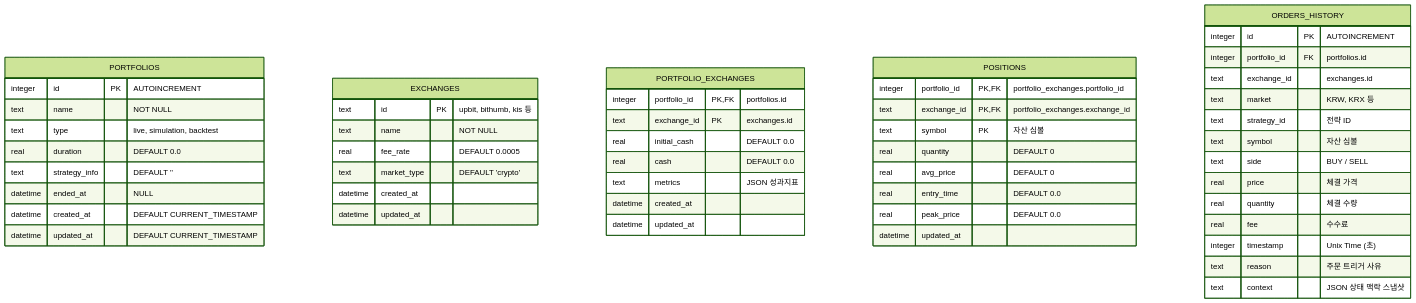
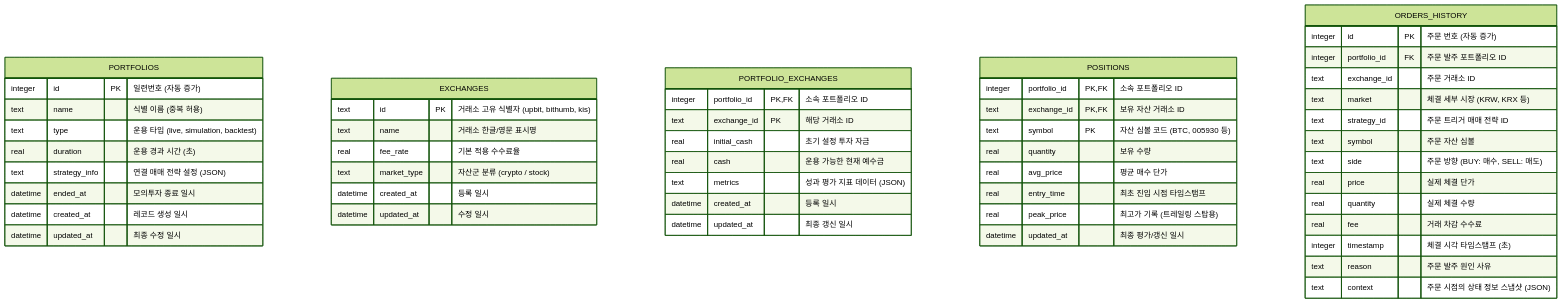
Before and after one commit to yslsoft-ui/ATS: the second of 5 diagrams in docs/erd-specification.md, drawn with Mermaid (forest theme). The commit also changed other lines of this file, not shown here.

Commit message:
docs: ERD 명세서에 개략적 관계도 테이블 매핑 표 및 한글 세부 제목 추가

````diff
--- a/docs/erd-specification.md
+++ b/docs/erd-specification.md
@@ -44,59 +87,59 @@
 ```mermaid
 erDiagram
     PORTFOLIOS {
-        integer id PK "AUTOINCREMENT"
-        text name "NOT NULL"
-        text type "live, simulation, backtest"
-        real duration "DEFAULT 0.0"
-        text strategy_info "DEFAULT ''"
-        datetime ended_at "NULL"
-        datetime created_at "DEFAULT CURRENT_TIMESTAMP"
-        datetime updated_at "DEFAULT CURRENT_TIMESTAMP"
+        integer id PK "일련번호 (자동 증가)"
+        text name "식별 이름 (중복 허용)"
+        text type "운용 타입 (live, simulation, backtest)"
+        real duration "운용 경과 시간 (초)"
+        text strategy_info "연결 매매 전략 설정 (JSON)"
+        datetime ended_at "모의투자 종료 일시"
+        datetime created_at "레코드 생성 일시"
+        datetime updated_at "최종 수정 일시"
     }
 
     EXCHANGES {
-        text id PK "upbit, bithumb, kis 등"
-        text name "NOT NULL"
-        real fee_rate "DEFAULT 0.0005"
-        text market_type "DEFAULT 'crypto'"
-        datetime created_at
-        datetime updated_at
+        text id PK "거래소 고유 식별자 (upbit, bithumb, kis)"
+        text name "거래소 한글/영문 표시명"
+        real fee_rate "기본 적용 수수료율"
+        text market_type "자산군 분류 (crypto / stock)"
+        datetime created_at "등록 일시"
+        datetime updated_at "수정 일시"
     }
 
     PORTFOLIO_EXCHANGES {
-        integer portfolio_id PK, FK "portfolios.id"
-        text exchange_id PK "exchanges.id"
-        real initial_cash "DEFAULT 0.0"
-        real cash "DEFAULT 0.0"
-        text metrics "JSON 성과지표"
-        datetime created_at
-        datetime updated_at
+        integer portfolio_id PK, FK "소속 포트폴리오 ID"
+        text exchange_id PK "해당 거래소 ID"
+        real initial_cash "초기 설정 투자 자금"
+        real cash "운용 가능한 현재 예수금"
+        text metrics "성과 평가 지표 데이터 (JSON)"
+        datetime created_at "등록 일시"
+        datetime updated_at "최종 갱신 일시"
     }
 
     POSITIONS {
-        integer portfolio_id PK, FK "portfolio_exchanges.portfolio_id"
-        text exchange_id PK, FK "portfolio_exchanges.exchange_id"
-        text symbol PK "자산 심볼"
-        real quantity "DEFAULT 0"
-        real avg_price "DEFAULT 0"
-        real entry_time "DEFAULT 0.0"
-        real peak_price "DEFAULT 0.0"
-        datetime updated_at
+        integer portfolio_id PK, FK "소속 포트폴리오 ID"
+        text exchange_id PK, FK "보유 자산 거래소 ID"
+        text symbol PK "자산 심볼 코드 (BTC, 005930 등)"
+        real quantity "보유 수량"
+        real avg_price "평균 매수 단가"
+        real entry_time "최초 진입 시점 타임스탬프"
+        real peak_price "최고가 기록 (트레일링 스탑용)"
+        datetime updated_at "최종 평가/갱신 일시"
     }
 
     ORDERS_HISTORY {
-        integer id PK "AUTOINCREMENT"
-        integer portfolio_id FK "portfolios.id"
-        text exchange_id "exchanges.id"
-        text market "KRW, KRX 등"
-        text strategy_id "전략 ID"
-        text symbol "자산 심볼"
-        text side "BUY / SELL"
-        real price "체결 가격"
-        real quantity "체결 수량"
-        real fee "수수료"
-        integer timestamp "Unix Time (초)"
-        text reason "주문 트리거 사유"
-        text context "JSON 상태 맥락 스냅샷"
+        integer id PK "주문 번호 (자동 증가)"
+        integer portfolio_id FK "주문 발주 포트폴리오 ID"
+        text exchange_id "주문 거래소 ID"
+        text market "체결 세부 시장 (KRW, KRX 등)"
+        text strategy_id "주문 트리거 매매 전략 ID"
+        text symbol "주문 자산 심볼"
+        text side "주문 방향 (BUY: 매수, SELL: 매도)"
+        real price "실제 체결 단가"
+        real quantity "실제 체결 수량"
+        real fee "거래 차감 수수료"
+        integer timestamp "체결 시각 타임스탬프 (초)"
+        text reason "주문 발주 원인 사유"
+        text context "주문 시점의 상태 정보 스냅샷 (JSON)"
     }
 ```
````
